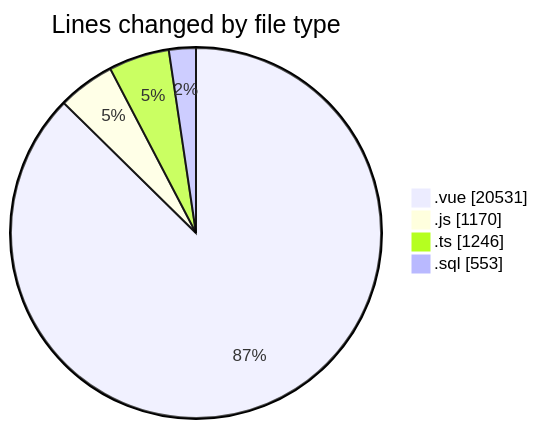
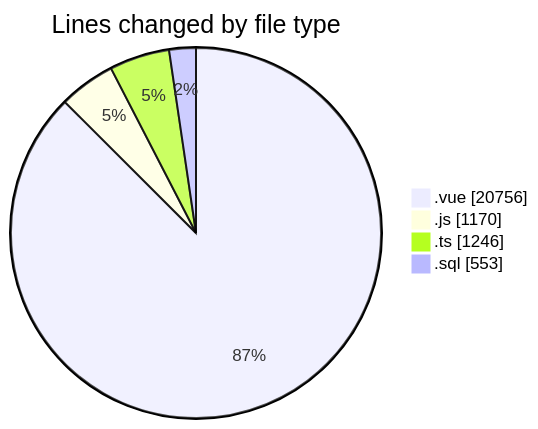
Before and after one commit to lephambinh05/code-tracking: the first of 2 diagrams in 2025-08-13/rentotp/README.md, drawn with Mermaid. The commit also changed other lines of this file and 1 other file, not shown here.

````diff
--- a/2025-08-13/rentotp/README.md
+++ b/2025-08-13/rentotp/README.md
@@ -49,8 +49,8 @@
 ```mermaid
 pie showData
 title Lines changed by file type
-".vue" : 20531
+".vue" : 20756
 ".js" : 1170
 ".ts" : 1246
 ".sql" : 553
 ```
````
